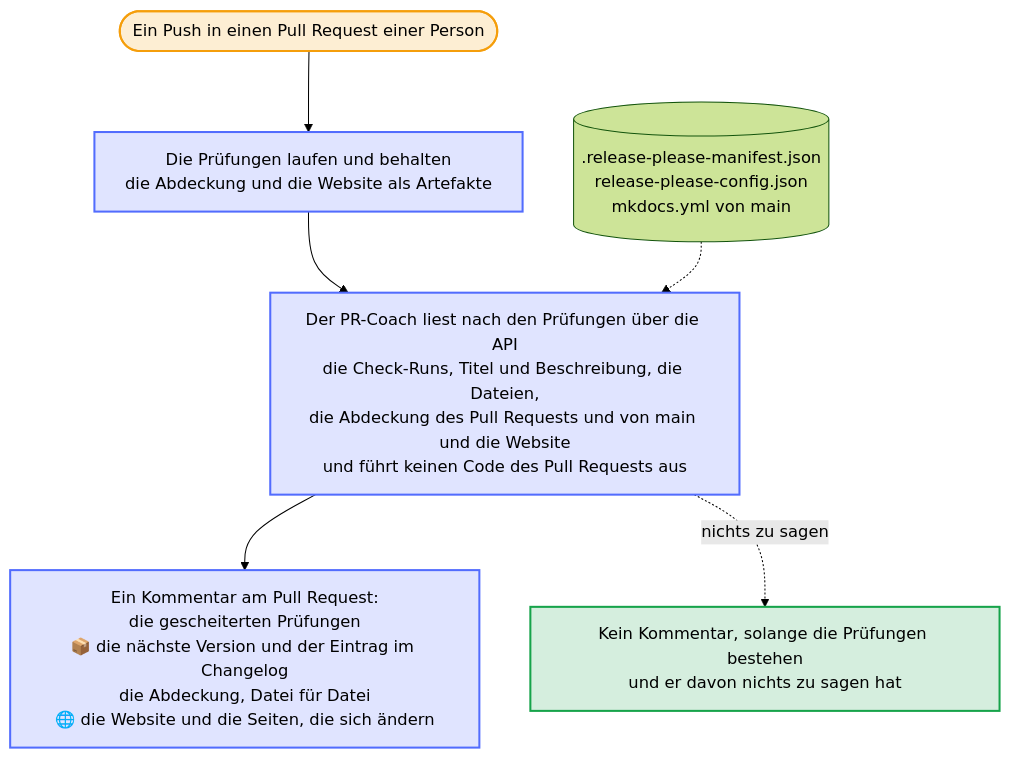
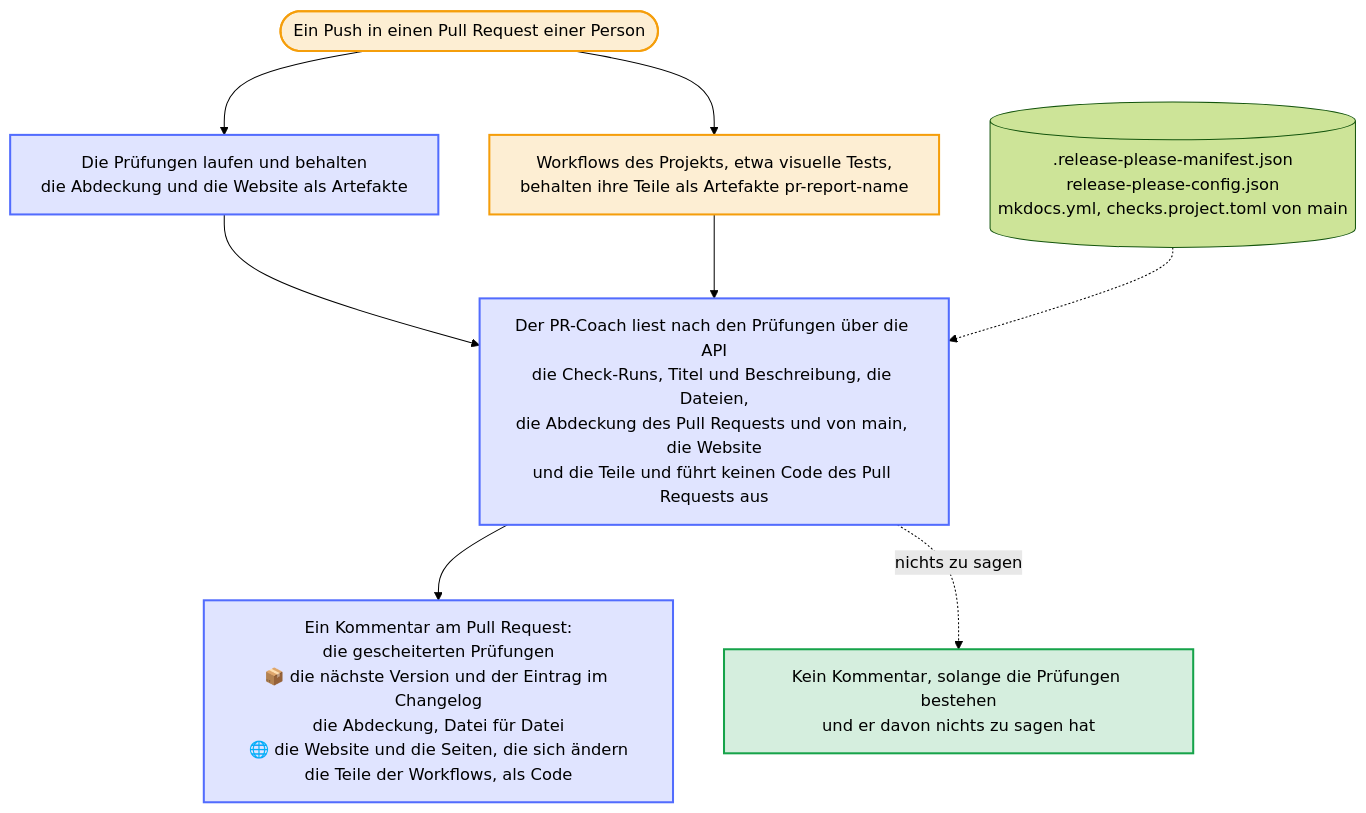
One commit to Dennis-Otto/repo-blueprint changed the diagram in docs/diagrams/the-report-of-a-pull-request.de.mmd. Above: the diagram before and after it, drawn with Mermaid (forest theme). The commit also changed 22 other files, not shown here.

First line of the commit message:
feat(coach): let project workflows add a part to the report of the PR coach

```diff
--- a/docs/diagrams/the-report-of-a-pull-request.de.mmd
+++ b/docs/diagrams/the-report-of-a-pull-request.de.mmd
@@ -1,26 +1,28 @@
 ---
 config:
   flowchart:
     wrappingWidth: 400
 ---
 flowchart TB
     accTitle: Der Bericht eines Pull Requests
-    accDescr: Ein Push in einen Pull Request einer Person startet die Prüfungen, die die Abdeckung der Tests und die gebaute Website als Artefakte behalten. Nach den Prüfungen liest der PR-Coach die Check-Runs, Titel und Beschreibung, die Dateien, die Abdeckungsberichte des Pull Requests und von main und das Artefakt website über die API, dazu die release-please-Dateien und mkdocs.yml von main, und führt keinen Code des Pull Requests aus. Er hält einen Kommentar aktuell: die gescheiterten Prüfungen, die nächste Version mit dem Eintrag im Changelog, die Abdeckung Datei für Datei und die Website mit den Seiten, die sich ändern. Ein Pull Request, dessen Prüfungen bestehen, bekommt ihn nur, wenn er davon etwas zu sagen hat.
+    accDescr: Ein Push in einen Pull Request einer Person startet die Prüfungen, die die Abdeckung der Tests und die gebaute Website als Artefakte behalten, und die Workflows des Projekts, die ihre Teile als Artefakte pr-report-name behalten. Nach den Prüfungen liest der PR-Coach die Check-Runs, Titel und Beschreibung, die Dateien, die Abdeckungsberichte des Pull Requests und von main, das Artefakt website und die Teile über die API, dazu die release-please-Dateien, mkdocs.yml und die Teile, die .github/checks.project.toml von main nennt, und führt keinen Code des Pull Requests aus. Er hält einen Kommentar aktuell: die gescheiterten Prüfungen, die nächste Version mit dem Eintrag im Changelog, die Abdeckung Datei für Datei, die Website mit den Seiten, die sich ändern, und die Teile der Workflows als Code. Ein Pull Request, dessen Prüfungen bestehen, bekommt ihn nur, wenn er davon etwas zu sagen hat.
 
     push(["Ein Push in einen Pull Request einer Person"])
     checks["Die Prüfungen laufen und behalten<br>die Abdeckung und die Website als Artefakte"]
-    coach["Der PR-Coach liest nach den Prüfungen über die API<br>die Check-Runs, Titel und Beschreibung, die Dateien,<br>die Abdeckung des Pull Requests und von main und die Website<br>und führt keinen Code des Pull Requests aus"]
-    main[(".release-please-manifest.json<br>release-please-config.json<br>mkdocs.yml von main")]
-    comment["Ein Kommentar am Pull Request:<br>die gescheiterten Prüfungen<br>📦 die nächste Version und der Eintrag im Changelog<br>die Abdeckung, Datei für Datei<br>🌐 die Website und die Seiten, die sich ändern"]
+    project["Workflows des Projekts, etwa visuelle Tests,<br>behalten ihre Teile als Artefakte pr-report-name"]
+    coach["Der PR-Coach liest nach den Prüfungen über die API<br>die Check-Runs, Titel und Beschreibung, die Dateien,<br>die Abdeckung des Pull Requests und von main, die Website<br>und die Teile und führt keinen Code des Pull Requests aus"]
+    main[(".release-please-manifest.json<br>release-please-config.json<br>mkdocs.yml, checks.project.toml von main")]
+    comment["Ein Kommentar am Pull Request:<br>die gescheiterten Prüfungen<br>📦 die nächste Version und der Eintrag im Changelog<br>die Abdeckung, Datei für Datei<br>🌐 die Website und die Seiten, die sich ändern<br>die Teile der Workflows, als Code"]
     quiet["Kein Kommentar, solange die Prüfungen bestehen<br>und er davon nichts zu sagen hat"]
 
     push --> checks --> coach --> comment
+    push --> project --> coach
     main -.-> coach
     coach -. "nichts zu sagen" .-> quiet
 
     classDef bot fill:#526cfe2e,stroke:#526cfe,stroke-width:2px
     classDef person fill:#f59e0b2e,stroke:#f59e0b,stroke-width:2px
     classDef done fill:#16a34a2e,stroke:#16a34a,stroke-width:2px
     class checks,coach,comment bot
-    class push person
+    class push,project person
     class quiet done
```
